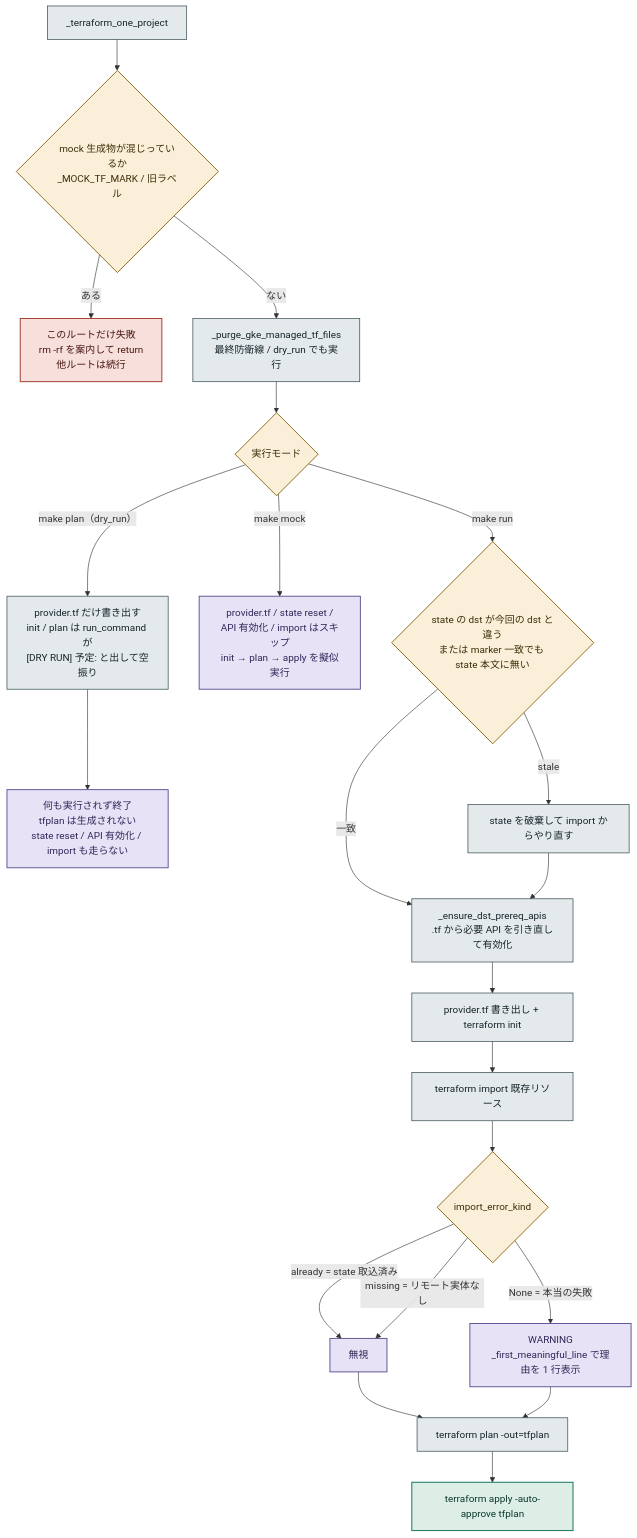
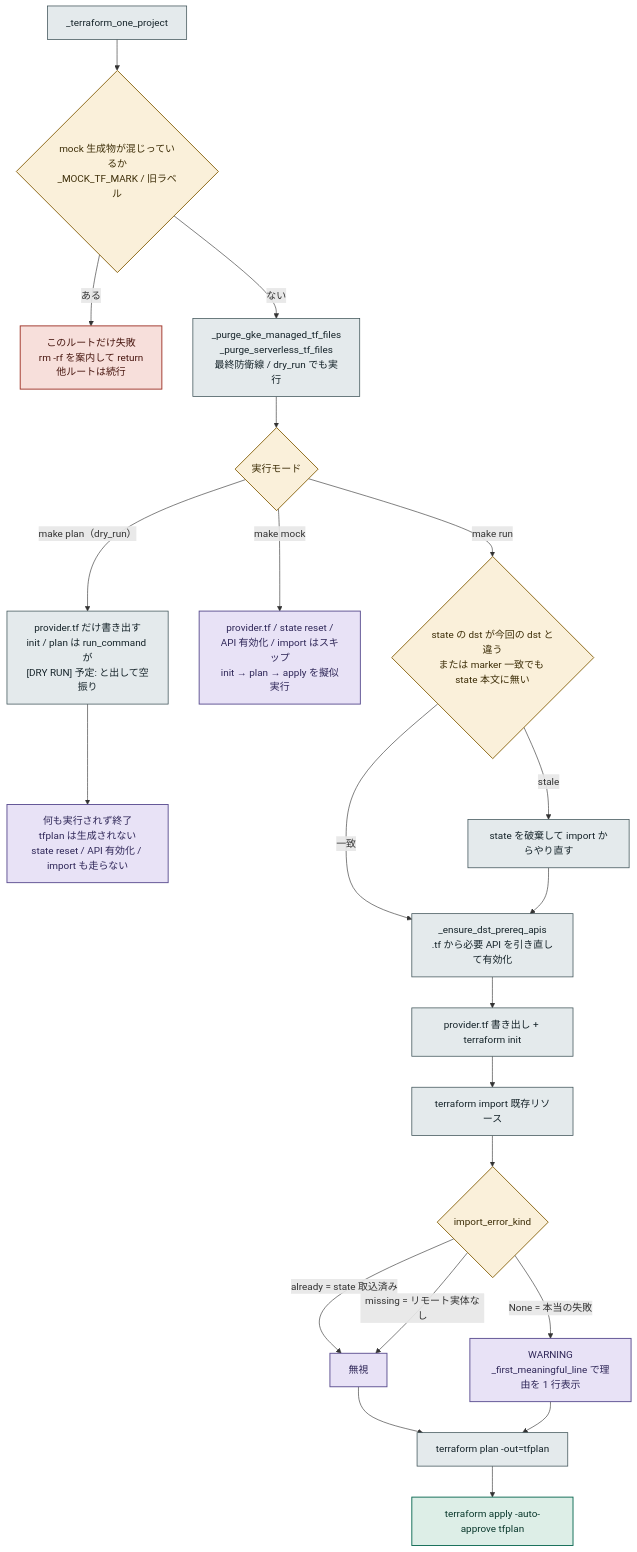
One commit to shin5ok/gcp-copy-allenv changed the fifth of 7 diagrams in architecture/sync-env-flow.md. Above: the diagram before and after it, drawn with Mermaid. The commit also changed other lines of this file and 8 other files, not shown here.

````diff
--- a/architecture/sync-env-flow.md
+++ b/architecture/sync-env-flow.md
@@ -214,35 +220,35 @@
 ```mermaid
 %%{init: {"theme":"base","themeVariables":{"fontFamily":"ui-monospace, Menlo, Consolas, 'Hiragino Kaku Gothic ProN', 'Yu Gothic', sans-serif","fontSize":"13px","lineColor":"#7C8D92","textColor":"#16242A","edgeLabelBackground":"#EDF1F1"}}}%%
 flowchart TD
   A["_terraform_one_project"] --> D1{"mock 生成物が混じっているか<br/>_MOCK_TF_MARK / 旧ラベル"}
   D1 -->|"ある"| F1["このルートだけ失敗<br/>rm -rf を案内して return<br/>他ルートは続行"]
-  D1 -->|"ない"| P["_purge_gke_managed_tf_files<br/>最終防衛線 / dry_run でも実行"]
+  D1 -->|"ない"| P["_purge_gke_managed_tf_files<br/>_purge_serverless_tf_files<br/>最終防衛線 / dry_run でも実行"]
   P --> D0{"実行モード"}
   D0 -->|"make plan（dry_run）"| I["provider.tf だけ書き出す<br/>init / plan は run_command が<br/>[DRY RUN] 予定: と出して空振り"]
   I --> STOP["何も実行されず終了<br/>tfplan は生成されない<br/>state reset / API 有効化 / import も走らない"]
   D0 -->|"make mock"| MK["provider.tf / state reset /<br/>API 有効化 / import はスキップ<br/>init → plan → apply を擬似実行"]
   D0 -->|"make run"| D2{"state の dst が今回の dst と違う<br/>または marker 一致でも state 本文に無い"}
   D2 -->|"stale"| R["state を破棄して import からやり直す"]
   D2 -->|"一致"| E["_ensure_dst_prereq_apis<br/>.tf から必要 API を引き直して有効化"]
   R --> E
   E --> I2["provider.tf 書き出し + terraform init"]
   I2 --> IM["terraform import 既存リソース"]
   IM --> D3{"import_error_kind"}
   D3 -->|"already = state 取込済み"| OKI["無視"]
   D3 -->|"missing = リモート実体なし"| OKI
   D3 -->|"None = 本当の失敗"| W1["WARNING<br/>_first_meaningful_line で理由を 1 行表示"]
   OKI --> PL2["terraform plan -out=tfplan"]
   W1 --> PL2
   PL2 --> AP["terraform apply -auto-approve tfplan"]
 
   classDef gate fill:#FAF0DA,stroke:#8A6612,stroke-width:1.5px,color:#3D2E08;
   classDef skip fill:#E8E2F6,stroke:#5C4F91,stroke-width:1.5px,color:#2F2758;
   classDef halt fill:#F7DFDB,stroke:#9F3428,stroke-width:1.5px,color:#48160F;
   classDef pass fill:#DDEEE7,stroke:#0D6A53,stroke-width:1.5px,color:#0A382C;
   classDef step fill:#E4EAEC,stroke:#3E5257,stroke-width:1.2px,color:#16242A;
   class D0,D1,D2,D3 gate;
   class F1 halt;
   class OKI,W1,STOP,MK skip;
   class AP pass;
   class A,P,R,E,I,I2,IM,PL2 step;
 ```
````
